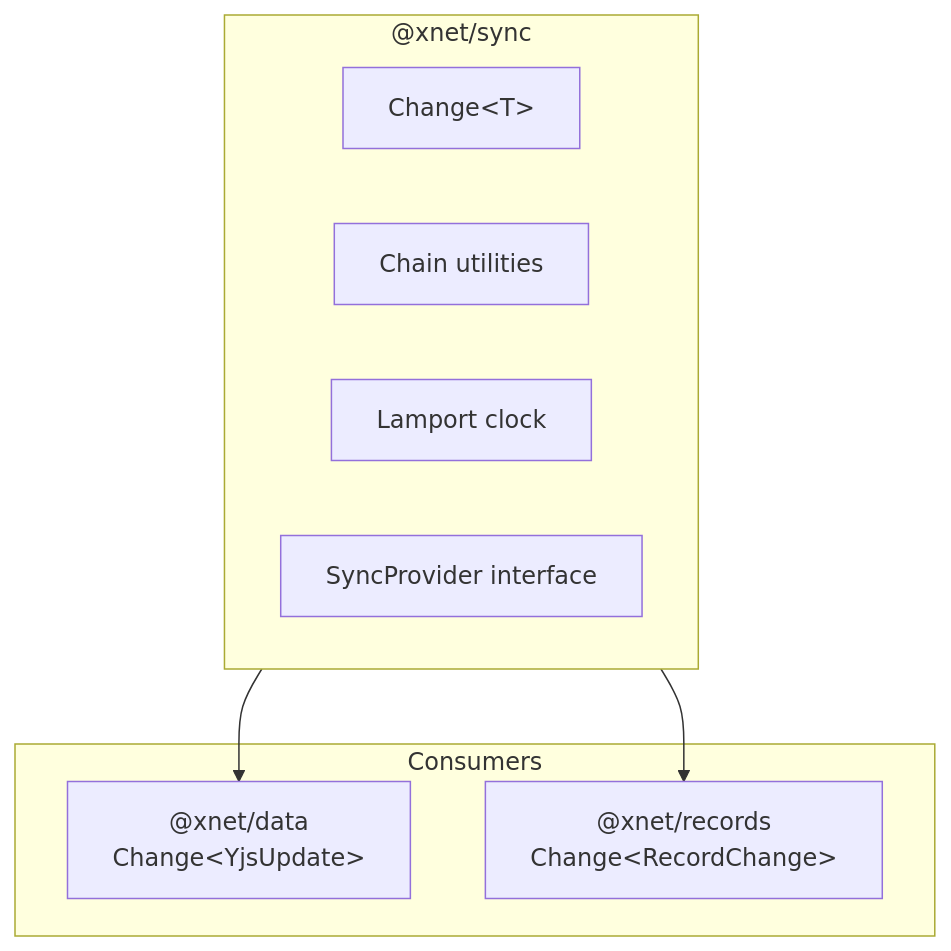
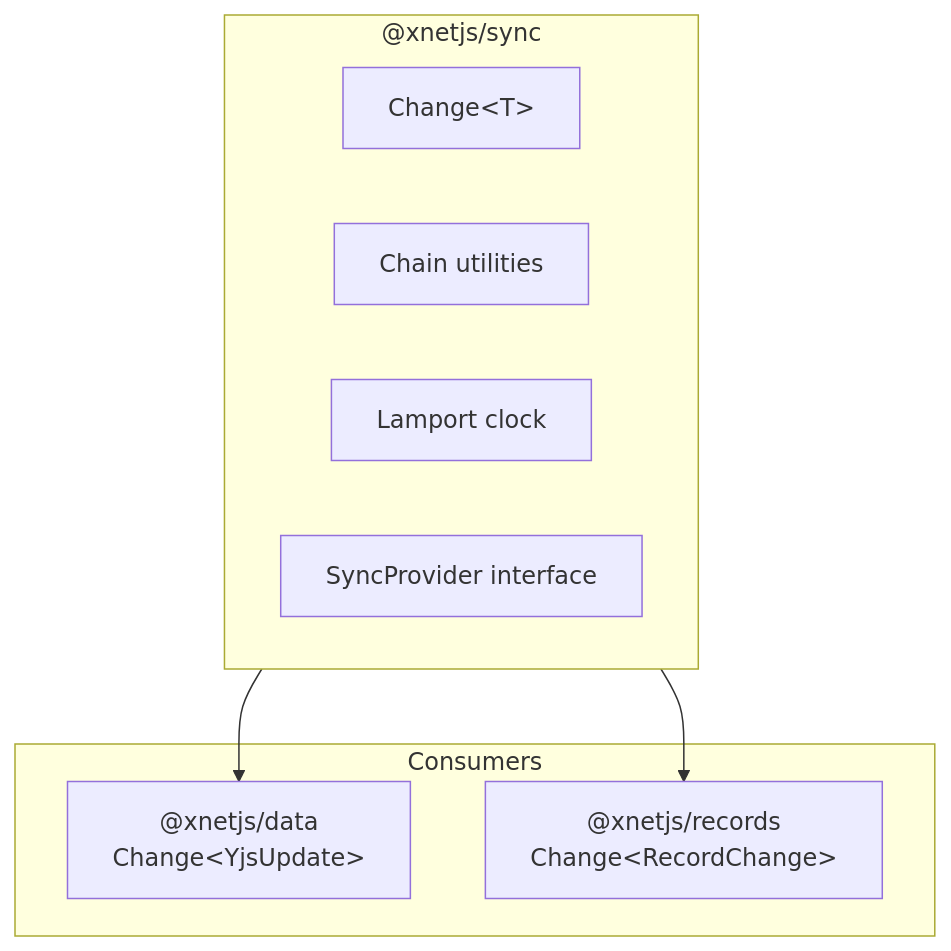
One commit to crs48/xNet changed the diagram in docs/plans/plan02_1DataModelConsolidation/01-xnet-sync-package.md. Above: the diagram before and after it, drawn with Mermaid. The commit also changed other lines of this file and 980 other files, not shown here.

````diff
--- a/docs/plans/plan02_1DataModelConsolidation/01-xnet-sync-package.md
+++ b/docs/plans/plan02_1DataModelConsolidation/01-xnet-sync-package.md
@@ -12,17 +12,17 @@
 ```mermaid
 flowchart TD
-    subgraph sync["@xnet/sync"]
+    subgraph sync["@xnetjs/sync"]
         OP["Change&lt;T&gt;"]
         CHAIN["Chain utilities"]
         CLOCK["Lamport clock"]
         PROVIDER["SyncProvider interface"]
     end
 
     subgraph consumers["Consumers"]
-        DATA["@xnet/data<br/>Change&lt;YjsUpdate&gt;"]
-        RECORDS["@xnet/records<br/>Change&lt;RecordChange&gt;"]
+        DATA["@xnetjs/data<br/>Change&lt;YjsUpdate&gt;"]
+        RECORDS["@xnetjs/records<br/>Change&lt;RecordChange&gt;"]
     end
 
     sync --> DATA
     sync --> RECORDS
 ```
````
